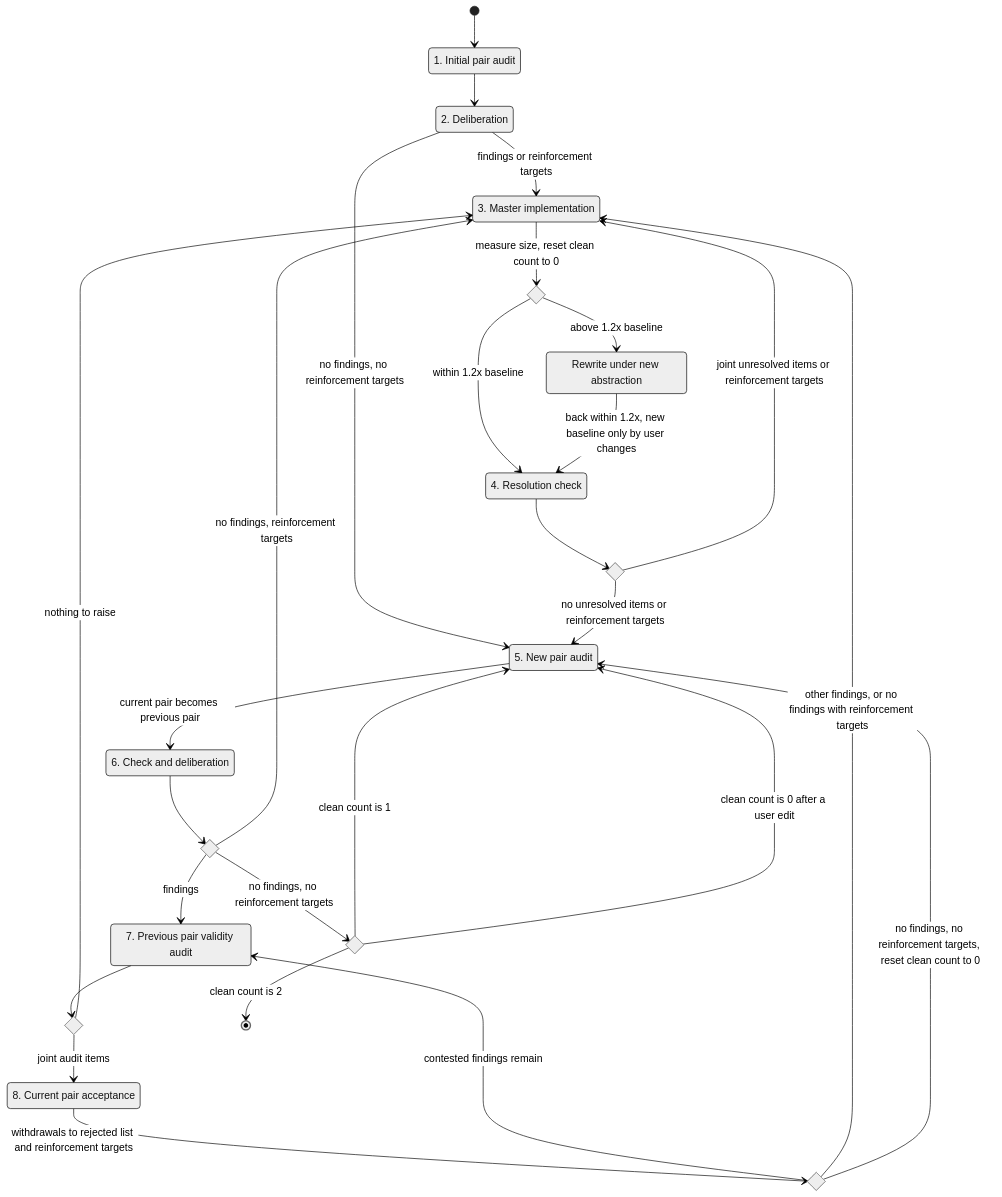
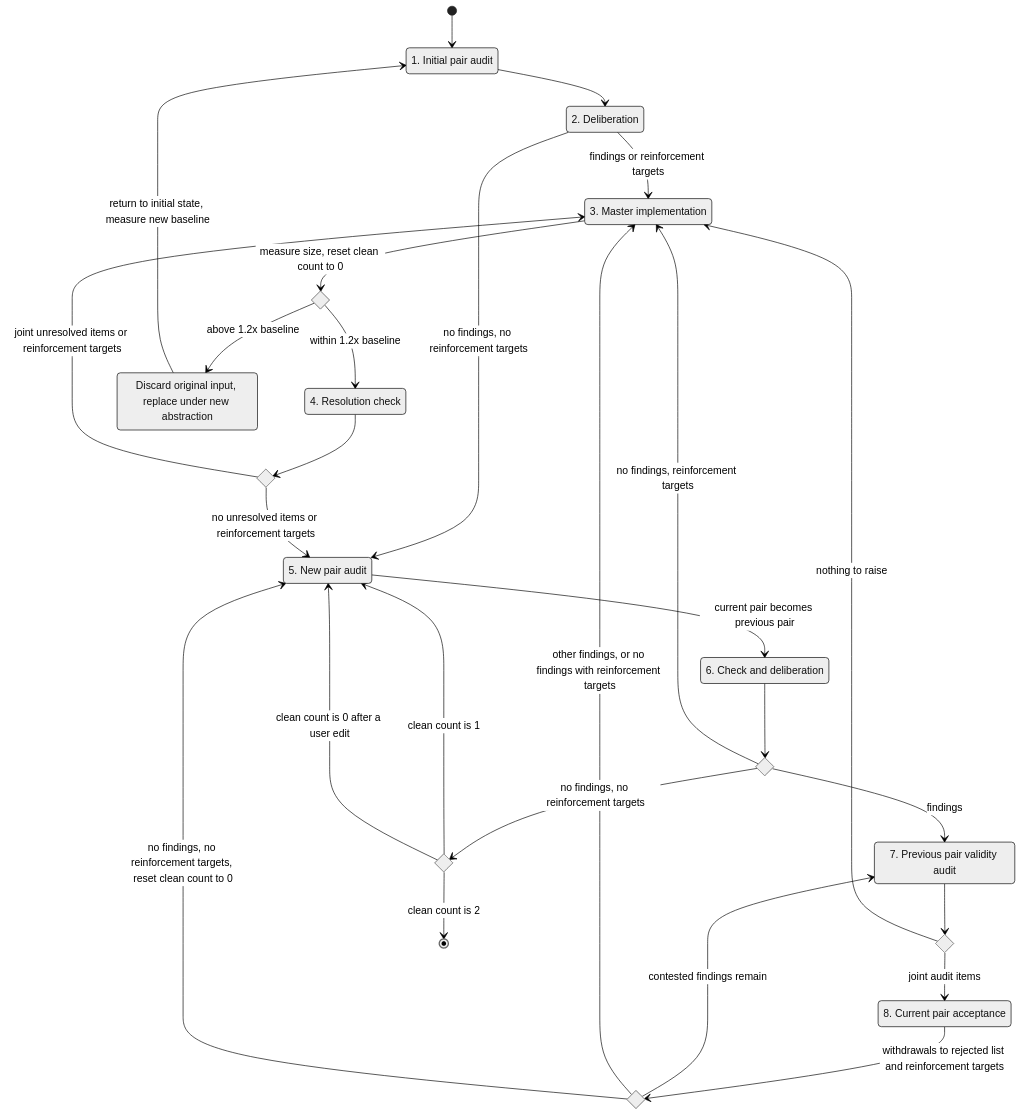
One commit to u1f992/dotfiles changed the diagram in .agents/skills/self-improvement-loop-local/SKILL.md. Above: the diagram before and after it, drawn with Mermaid (neutral theme). The commit also changed other lines of this file, not shown here.

Commit message:
Restart the loop from a replacement abstraction on growth budget overrun

````diff
--- a/.agents/skills/self-improvement-loop-local/SKILL.md
+++ b/.agents/skills/self-improvement-loop-local/SKILL.md
@@ -74,45 +75,45 @@
 ```mermaid
 stateDiagram-v2
     state "1. Initial pair audit" as S1
     state "2. Deliberation" as S2
     state "3. Master implementation" as S3
     state "4. Resolution check" as S4
     state "5. New pair audit" as S5
     state "6. Check and deliberation" as S6
     state "7. Previous pair validity audit" as S7
     state "8. Current pair acceptance" as S8
     state measure <<choice>>
     state resolved <<choice>>
     state judged <<choice>>
     state streak <<choice>>
     state validity <<choice>>
     state resubmitted <<choice>>
-    state "Rewrite under new abstraction" as Rewrite
+    state "Discard original input, replace under new abstraction" as Replace
 
     [*] --> S1
     S1 --> S2
     S2 --> S3 : findings or reinforcement targets
     S2 --> S5 : no findings, no reinforcement targets
     S3 --> measure : measure size, reset clean count to 0
-    measure --> Rewrite : above 1.2x baseline
+    measure --> Replace : above 1.2x baseline
     measure --> S4 : within 1.2x baseline
-    Rewrite --> S4 : back within 1.2x, new baseline only by user changes
+    Replace --> S1 : return to initial state, measure new baseline
     S4 --> resolved
     resolved --> S5 : no unresolved items or reinforcement targets
     resolved --> S3 : joint unresolved items or reinforcement targets
     S5 --> S6 : current pair becomes previous pair
     S6 --> judged
     judged --> S7 : findings
     judged --> S3 : no findings, reinforcement targets
     judged --> streak : no findings, no reinforcement targets
     streak --> S5 : clean count is 1
     streak --> S5 : clean count is 0 after a user edit
     streak --> [*] : clean count is 2
     S7 --> validity
     validity --> S3 : nothing to raise
     validity --> S8 : joint audit items
     S8 --> resubmitted : withdrawals to rejected list and reinforcement targets
     resubmitted --> S7 : contested findings remain
     resubmitted --> S3 : other findings, or no findings with reinforcement targets
     resubmitted --> S5 : no findings, no reinforcement targets, reset clean count to 0
 ```
````
